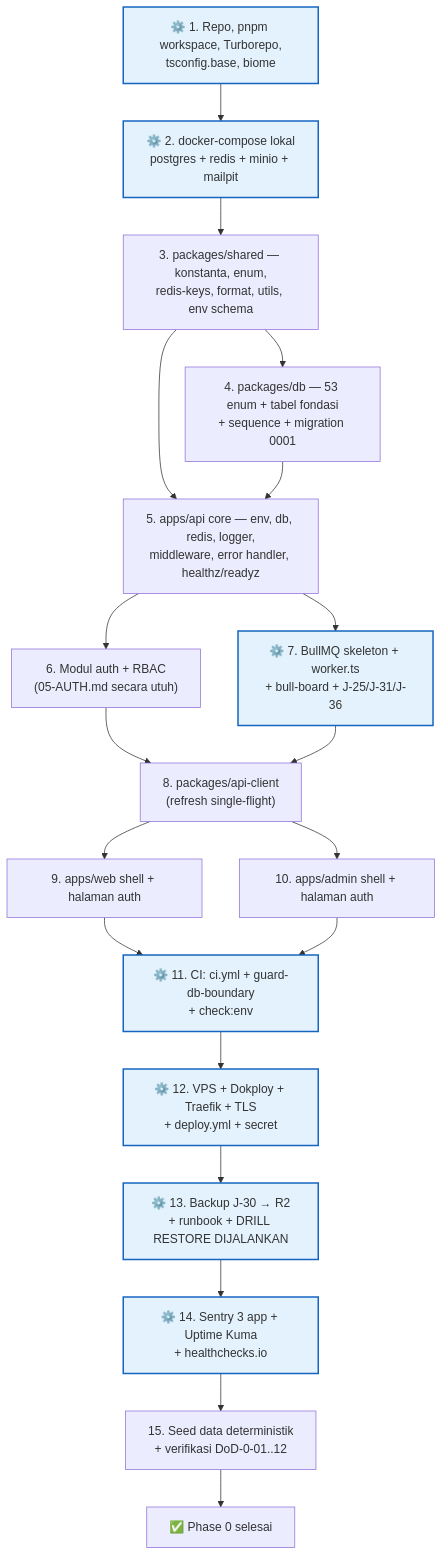
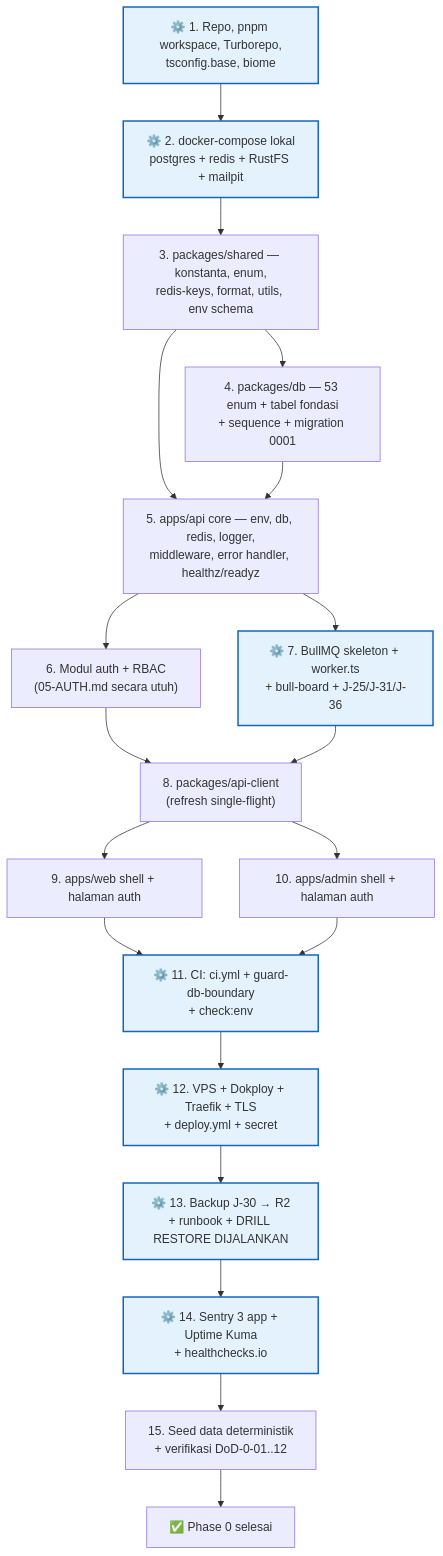
Before and after one commit to gagangborneo/hola-platform: the second of 3 diagrams in docs/ROADMAP.md, drawn with Mermaid. The commit also changed other lines of this file and 29 other files, not shown here.

````diff
--- a/docs/ROADMAP.md
+++ b/docs/ROADMAP.md
@@ -196,25 +196,25 @@
 ```mermaid
 flowchart TD
     A["⚙️ 1. Repo, pnpm workspace, Turborepo,<br/>tsconfig.base, biome"] --> B
-    B["⚙️ 2. docker-compose lokal<br/>postgres + redis + minio + mailpit"] --> C
+    B["⚙️ 2. docker-compose lokal<br/>postgres + redis + RustFS + mailpit"] --> C
     C["3. packages/shared — konstanta, enum,<br/>redis-keys, format, utils, env schema"] --> D
     C --> E
     D["4. packages/db — 53 enum + tabel fondasi<br/>+ sequence + migration 0001"] --> E
     E["5. apps/api core — env, db, redis, logger,<br/>middleware, error handler, healthz/readyz"] --> F
     E --> G
     F["6. Modul auth + RBAC<br/>(05-AUTH.md secara utuh)"] --> H
     G["⚙️ 7. BullMQ skeleton + worker.ts<br/>+ bull-board + J-25/J-31/J-36"] --> H
     H["8. packages/api-client<br/>(refresh single-flight)"] --> I
     H --> J
     I["9. apps/web shell + halaman auth"] --> K
     J["10. apps/admin shell + halaman auth"] --> K
     K["⚙️ 11. CI: ci.yml + guard-db-boundary<br/>+ check:env"] --> L
     L["⚙️ 12. VPS + Dokploy + Traefik + TLS<br/>+ deploy.yml + secret"] --> M
     M["⚙️ 13. Backup J-30 → R2<br/>+ runbook + DRILL RESTORE DIJALANKAN"] --> N
     N["⚙️ 14. Sentry 3 app + Uptime Kuma<br/>+ healthchecks.io"] --> O
     O["15. Seed data deterministik<br/>+ verifikasi DoD-0-01..12"] --> P
     P["✅ Phase 0 selesai"]
 
     classDef infra fill:#e3f2fd,stroke:#1565c0,stroke-width:2px
     class A,B,G,K,L,M,N infra
 ```
````
